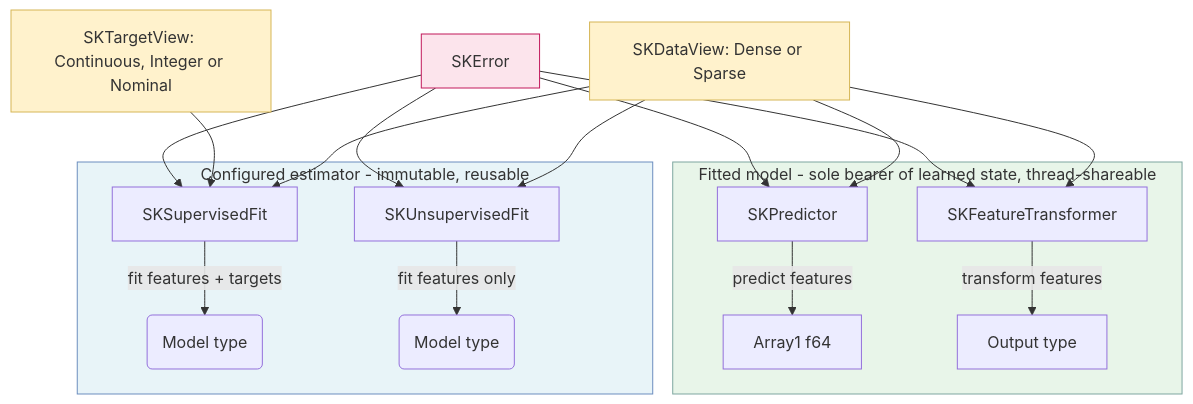
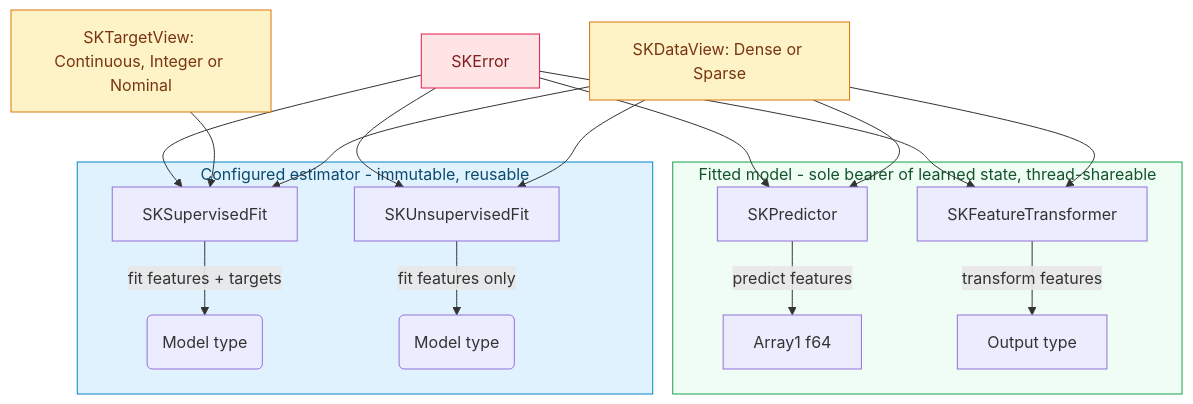
Before and after one commit to neurono-ml/sciencekit: the diagram in docs/src/development-explained/ch02-common-core-contracts.md, drawn with Mermaid. The commit also changed 12 other files, not shown here.

First line of the commit message:
docs: fix book theme UX — typography control, buttons, sidebar, Mermaid contrast

````diff
--- a/docs/src/development-explained/ch02-common-core-contracts.md
+++ b/docs/src/development-explained/ch02-common-core-contracts.md
@@ -561,31 +561,31 @@
 ```mermaid
 flowchart TD
     accTitle: The fit, predict and transform contracts and their shared inputs
     accDescr: The configured estimator carries SKSupervisedFit and SKUnsupervisedFit, which take features and targets and produce a fitted model. The fitted model carries SKPredictor and SKFeatureTransformer. All of them consume SKDataView and SKTargetView, and all report errors through SKError.
     subgraph est[Configured estimator - immutable, reusable]
         SF[SKSupervisedFit] -->|fit features + targets| M1(Model type)
         UF[SKUnsupervisedFit] -->|fit features only| M2(Model type)
     end
 
     subgraph model[Fitted model - sole bearer of learned state, thread-shareable]
         P[SKPredictor] -->|predict features| OUT[Array1 f64]
         FT[SKFeatureTransformer] -->|transform features| OUT2[Output type]
     end
 
     DV["SKDataView: Dense or Sparse"] --> SF
     DV --> UF
     DV --> P
     DV --> FT
     TV["SKTargetView: Continuous, Integer or Nominal"] --> SF
 
     ER[SKError] --> SF
     ER --> UF
     ER --> P
     ER --> FT
 
-    style est fill:#e8f4f8,stroke:#6c8ebf
-    style model fill:#e8f5e9,stroke:#7ea6a0
-    style DV fill:#fff2cc,stroke:#d6b656
-    style TV fill:#fff2cc,stroke:#d6b656
-    style ER fill:#fce4ec,stroke:#c2185b
+    style est fill:#e0f2fe,stroke:#0284c7,color:#0c4a6e
+    style model fill:#f0fdf4,stroke:#16a34a,color:#14532d
+    style DV fill:#fef3c7,stroke:#d97706,color:#78350f
+    style TV fill:#fef3c7,stroke:#d97706,color:#78350f
+    style ER fill:#ffe4e6,stroke:#e11d48,color:#7f1d1d
 ```
````
